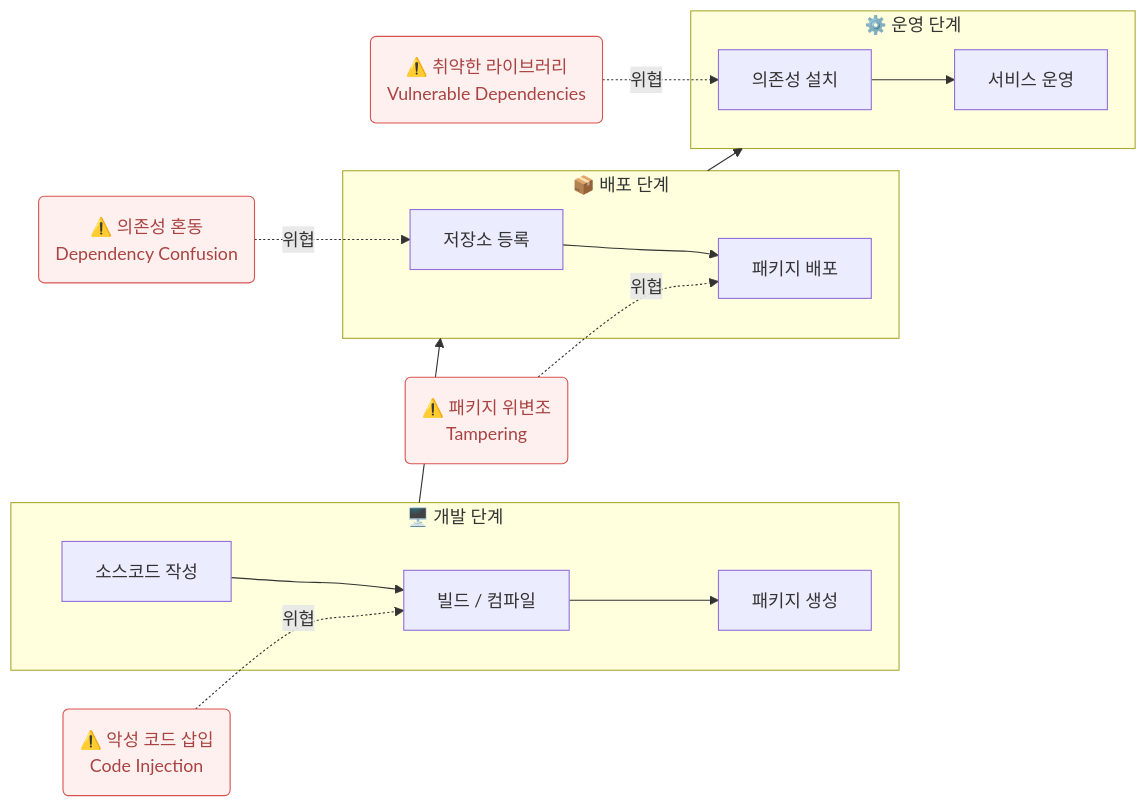
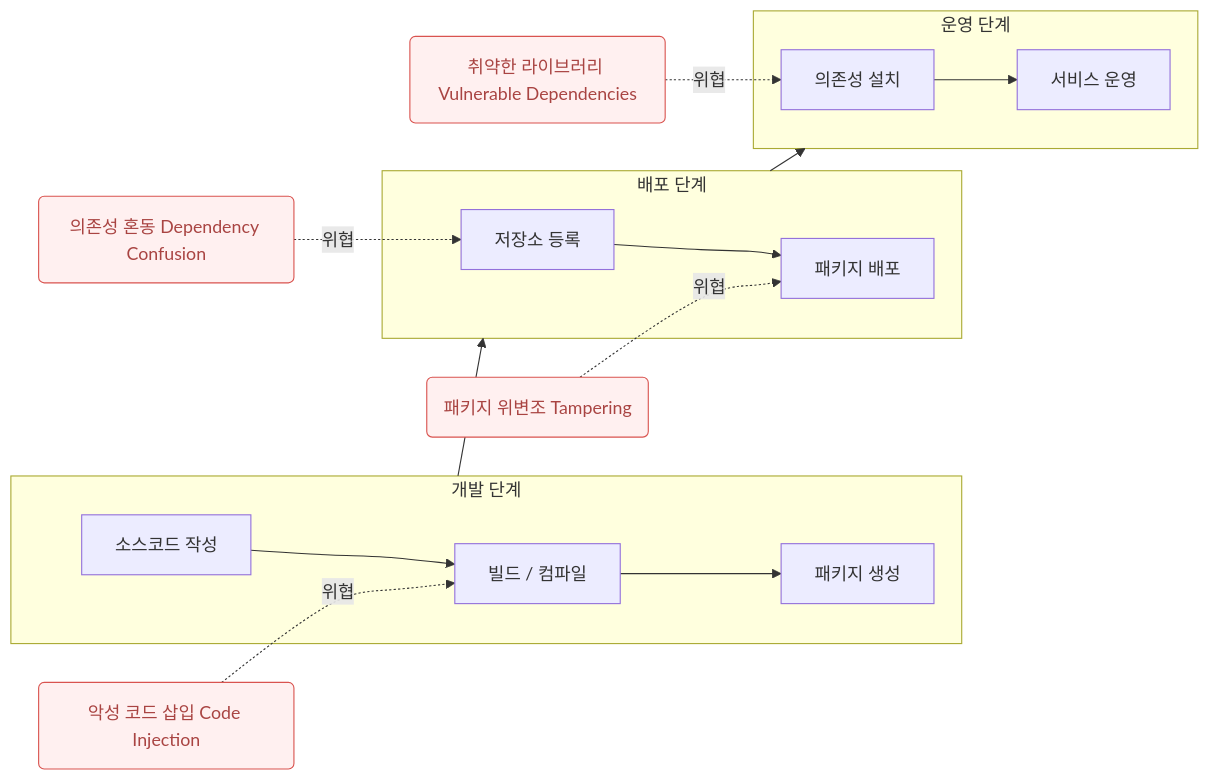
Before and after one commit to jeonck/info-security: the diagram in docs/04-application-security/03-secure-development/software-supply-chain-security.md, drawn with Mermaid. The commit also changed 4 other files, not shown here.

First line of the commit message:
feat: Mermaid 렌더링 활성화, CONTENT_GUIDE.md 추가

````diff
--- a/docs/04-application-security/03-secure-development/software-supply-chain-security.md
+++ b/docs/04-application-security/03-secure-development/software-supply-chain-security.md
@@ -21,29 +21,29 @@
 ```mermaid
 flowchart LR
-    subgraph DEV["🖥️ 개발 단계"]
-        A[소스코드 작성] --> B[빌드 / 컴파일]
-        B --> C[패키지 생성]
+    subgraph DEV["개발 단계"]
+        A["소스코드 작성"] --> B["빌드 / 컴파일"]
+        B --> C["패키지 생성"]
     end
 
-    subgraph DIST["📦 배포 단계"]
-        D[저장소 등록] --> E[패키지 배포]
+    subgraph DIST["배포 단계"]
+        D["저장소 등록"] --> E["패키지 배포"]
     end
 
-    subgraph OPS["⚙️ 운영 단계"]
-        F[의존성 설치] --> G[서비스 운영]
+    subgraph OPS["운영 단계"]
+        F["의존성 설치"] --> G["서비스 운영"]
     end
 
     DEV --> DIST --> OPS
 
-    T1("⚠️ 악성 코드 삽입\nCode Injection"):::threat
-    T2("⚠️ 의존성 혼동\nDependency Confusion"):::threat
-    T3("⚠️ 패키지 위변조\nTampering"):::threat
-    T4("⚠️ 취약한 라이브러리\nVulnerable Dependencies"):::threat
+    T1("악성 코드 삽입 Code Injection"):::threat
+    T2("의존성 혼동 Dependency Confusion"):::threat
+    T3("패키지 위변조 Tampering"):::threat
+    T4("취약한 라이브러리 Vulnerable Dependencies"):::threat
 
-    T1 -. 위협 .-> B
-    T2 -. 위협 .-> D
-    T3 -. 위협 .-> E
-    T4 -. 위협 .-> F
+    T1 -. "위협" .-> B
+    T2 -. "위협" .-> D
+    T3 -. "위협" .-> E
+    T4 -. "위협" .-> F
 
     classDef threat fill:#fff0f0,stroke:#d9534f,color:#a94442
 ```
````
